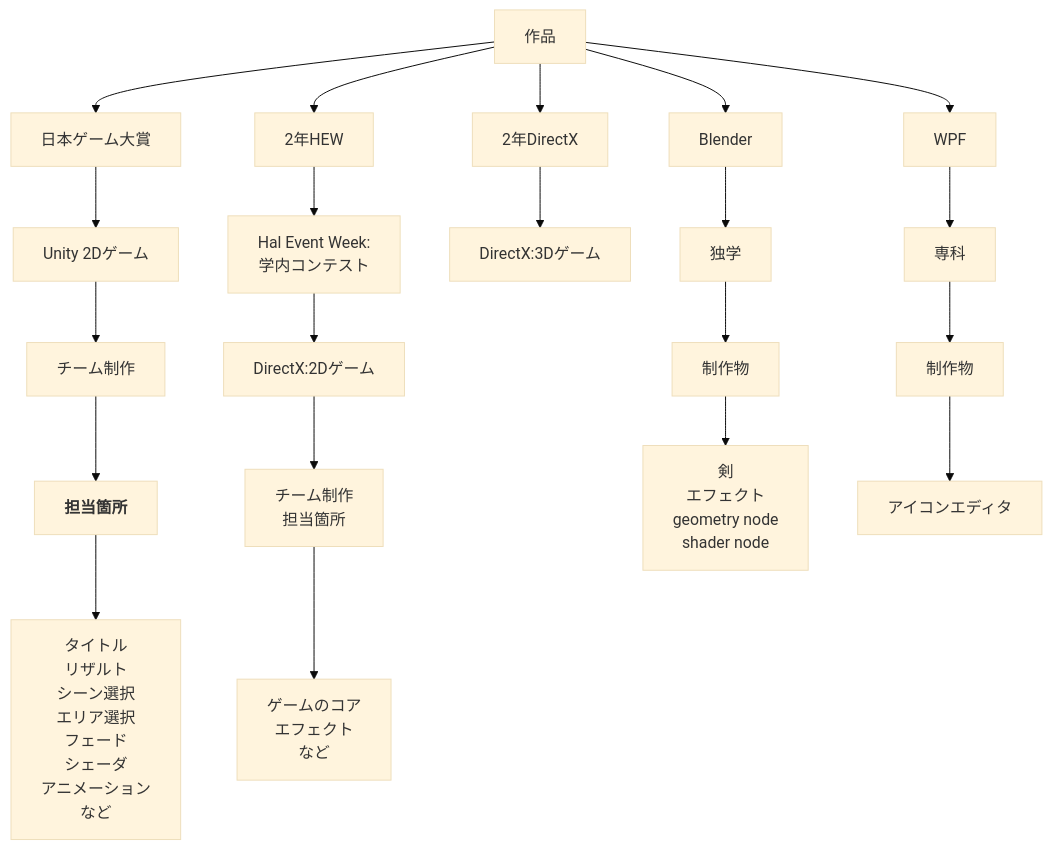
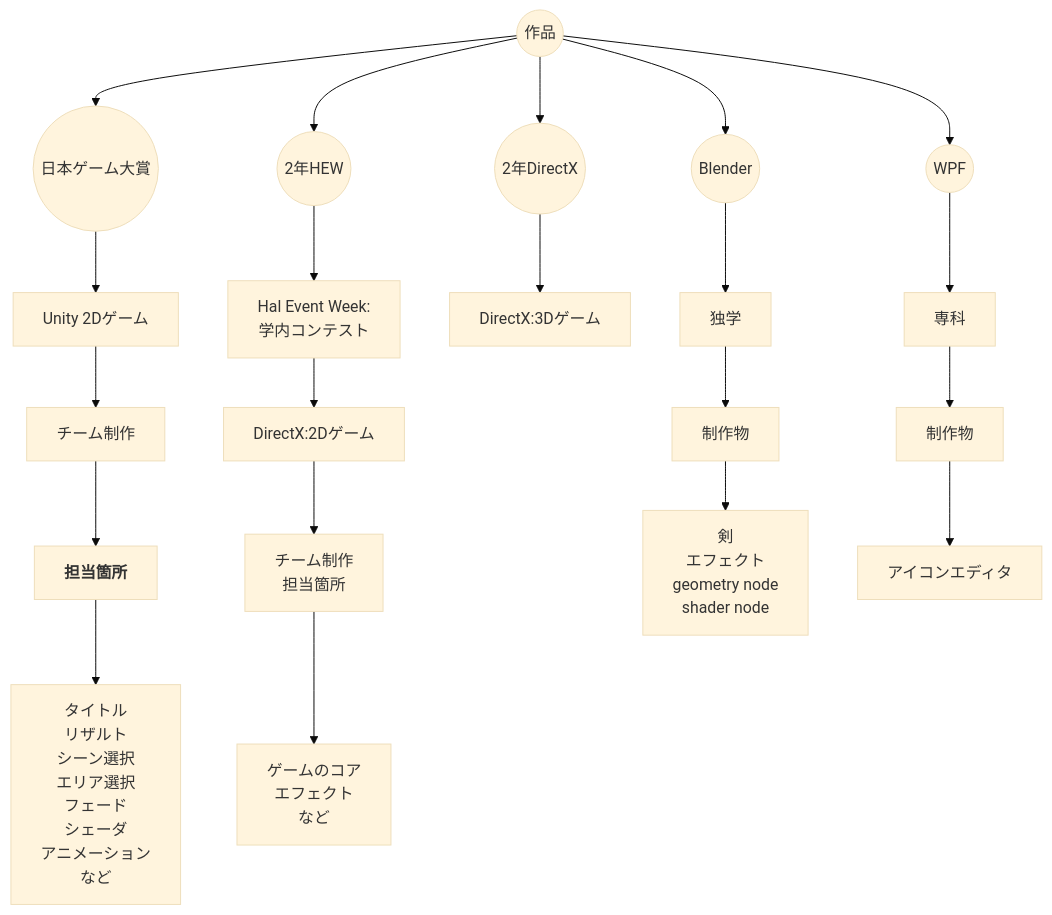
One commit to yuta6686/ForEntrySheets_yuta6686 changed the diagram in README.md. Above: the diagram before and after it, drawn with Mermaid (base theme).

````diff
--- a/README.md
+++ b/README.md
@@ -3,29 +3,29 @@
 ```mermaid
 graph TB
-	all[作品]
-	dx2[2年DirectX]
-	hew2[2年HEW]
-	ngt[日本ゲーム大賞]
-	bld[Blender]
-	wpf[WPF]
+	all((作品))
+	dx2((2年DirectX))
+	hew2((2年HEW))
+	ngt((日本ゲーム大賞))
+	bld((Blender))
+	wpf((WPF))
 
 	all --> ngt
 	all --> hew2
 	all --> dx2	
 	all --> bld
 	all --> wpf
 
 	
 	
 	ngt --> ngt_sum1[Unity 2Dゲーム] --> 
 	ntg_sum1[チーム制作<br>]-->ntg_sum2.5[<b>担当箇所</b>]-->
 	ngt_sum2[タイトル<br>リザルト<br>シーン選択<br>エリア選択<br>フェード<br>シェーダ<br>アニメーション<br>など]
 	hew2 --> hew2_sum1[Hal Event Week:</br>学内コンテスト]-->hew2_sum2[DirectX:2Dゲーム]
 	--> hew2_sum3[チーム制作<br>担当箇所]
 	--> hew2_sum4[ゲームのコア<br>エフェクト<br>など]
 	dx2 --> dx2_sum1[DirectX:3Dゲーム]
 	bld-->bld_sum1[独学]-->bld_sum2[制作物]-->
 	bld_sum3[剣 </br>エフェクト </br>geometry node </br>shader node]
 	wpf-->wpf_sum1[専科]-->wpf_sum2[制作物]-->wpf_sum3[アイコンエディタ]
 	
 ```
````
